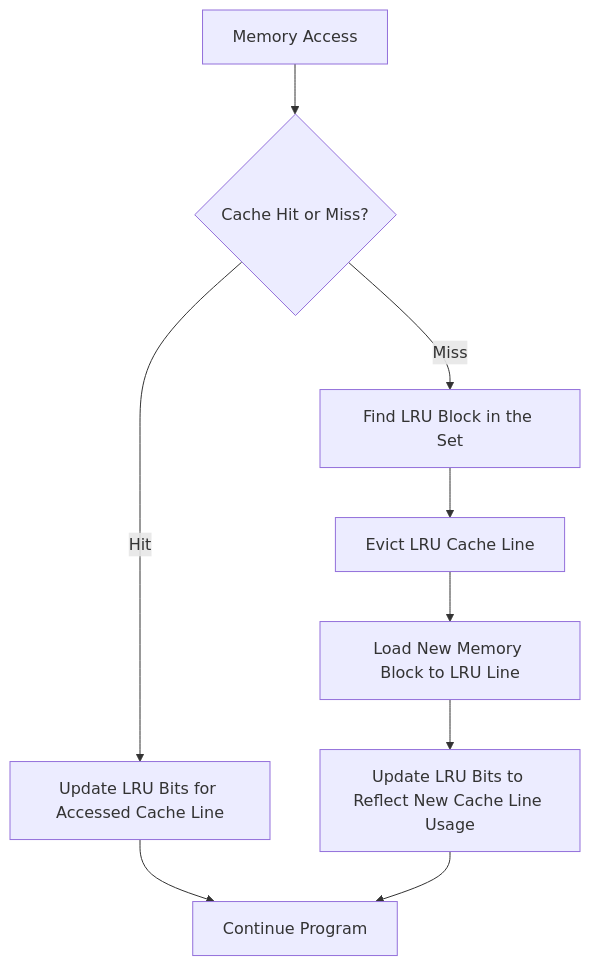
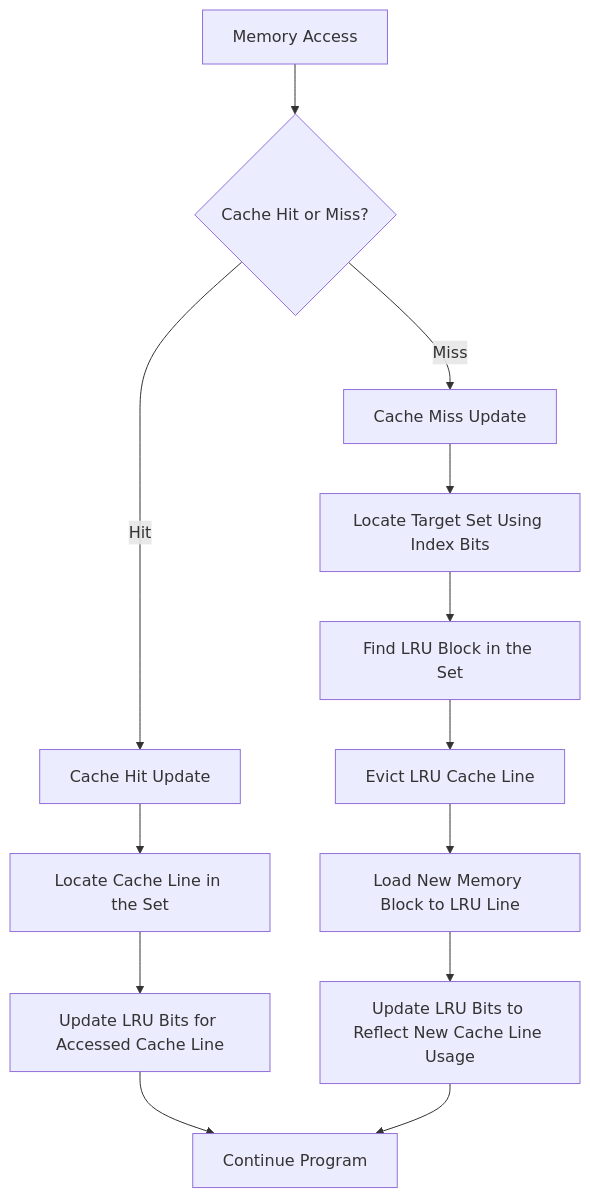
One commit to opnuub/iac-riscv-cw-24 changed the diagram in Michael.md. Above: the diagram before and after it, drawn with Mermaid. The commit also changed other lines of this file, not shown here.

````diff
--- a/Michael.md
+++ b/Michael.md
@@ -346,11 +319,19 @@
 ```mermaid
 flowchart TD
     A[Memory Access] --> B{Cache Hit or Miss?}
-    B -->|Hit| C[Update LRU Bits for Accessed Cache Line]
-    B -->|Miss| D[Find LRU Block in the Set]
-    C --> E[Continue Program]
-    D --> F[Evict LRU Cache Line]
+    B -->|Hit| C[Cache Hit Update]
+    B -->|Miss| D[Cache Miss Update]
+
+    %% Cache Hit Logic
+    C --> C1[Locate Cache Line in the Set]
+    C1 --> C2[Update LRU Bits for Accessed Cache Line]
+    C2 --> E[Continue Program]
+
+    %% Cache Miss Logic
+    D --> D1[Locate Target Set Using Index Bits]
+    D1 --> D2[Find LRU Block in the Set]
+    D2 --> F[Evict LRU Cache Line]
     F --> G[Load New Memory Block to LRU Line]
     G --> H[Update LRU Bits to Reflect New Cache Line Usage]
     H --> E
 ```
````
